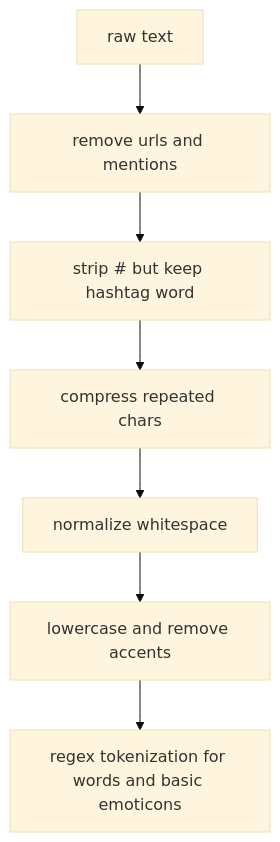
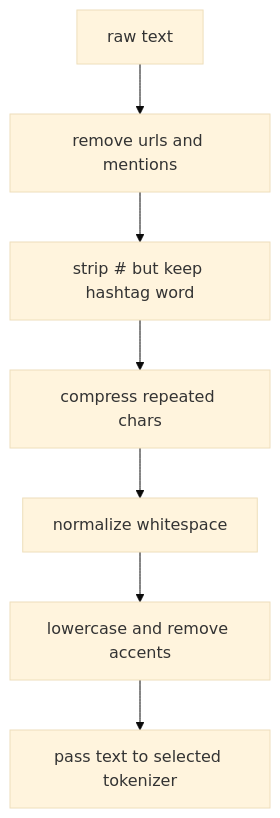
Before and after one commit to vicmcorrea/PLN-core: the third of 5 diagrams in docs/methodology.md, drawn with Mermaid (base theme). The commit also changed other lines of this file and 9 other files, not shown here.

First line of the commit message:
feat: introduce tokenizer selection and enhance tokenization options

````diff
--- a/docs/methodology.md
+++ b/docs/methodology.md
@@ -99,9 +131,9 @@
 ```mermaid
 flowchart TD
     A[raw text] --> B[remove urls and mentions]
     B --> C[strip # but keep hashtag word]
     C --> D[compress repeated chars]
     D --> E[normalize whitespace]
     E --> F[lowercase and remove accents]
-    F --> G[regex tokenization for words and basic emoticons]
+    F --> G[pass text to selected tokenizer]
 ```
````
